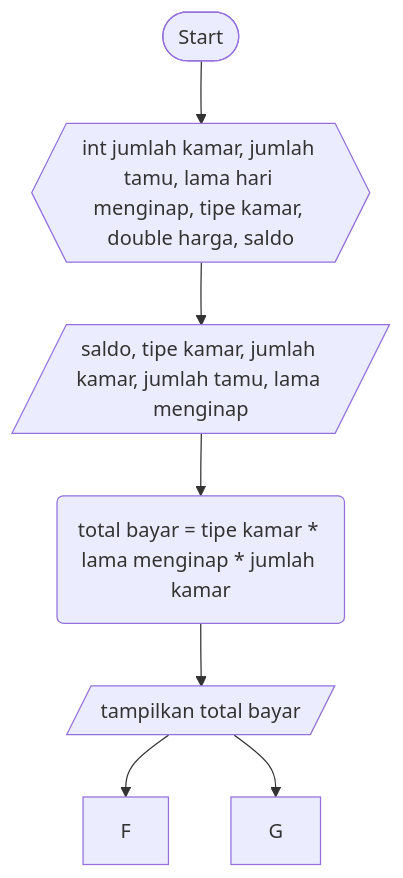
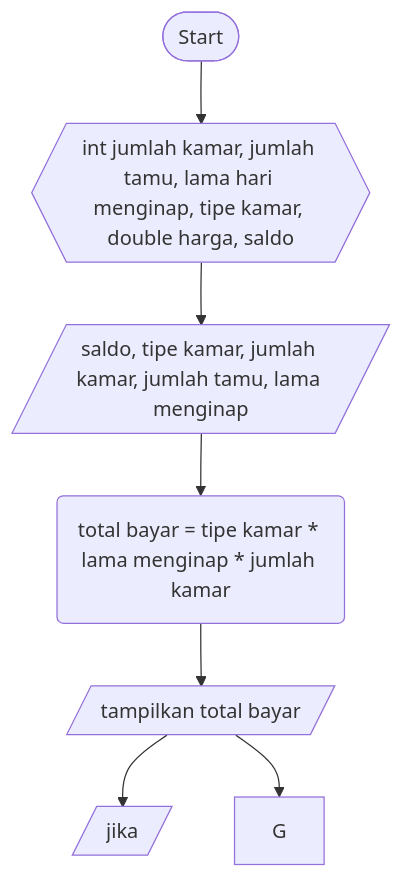
Before and after one commit to SATRIODIANNUGROHO/Sample2.1: the diagram in BookingRuangan.md, drawn with Mermaid.

````diff
--- a/BookingRuangan.md
+++ b/BookingRuangan.md
@@ -1,9 +1,9 @@
 ```mermaid
 flowchart TD;
     A([Start])-->B{{int jumlah kamar, jumlah tamu, lama hari menginap, tipe kamar, double harga, saldo}};
     B{{int jumlah kamar, jumlah tamu, lama hari menginap, tipe kamar, double harga, saldo}}-->C[/saldo, tipe kamar, jumlah kamar, jumlah tamu, lama menginap/];
     C[/saldo, tipe kamar, jumlah kamar, jumlah tamu, lama menginap/]-->D(total bayar = tipe kamar * lama menginap * jumlah kamar);
     D(total bayar = tipe kamar * lama menginap * jumlah kamar)-->E[/tampilkan total bayar/];
-    E[/tampilkan total bayar/]-->F;
+    E[/tampilkan total bayar/]-->F[/jika/];
     E[/tampilkan total bayar/]-->G;
 ```
````
